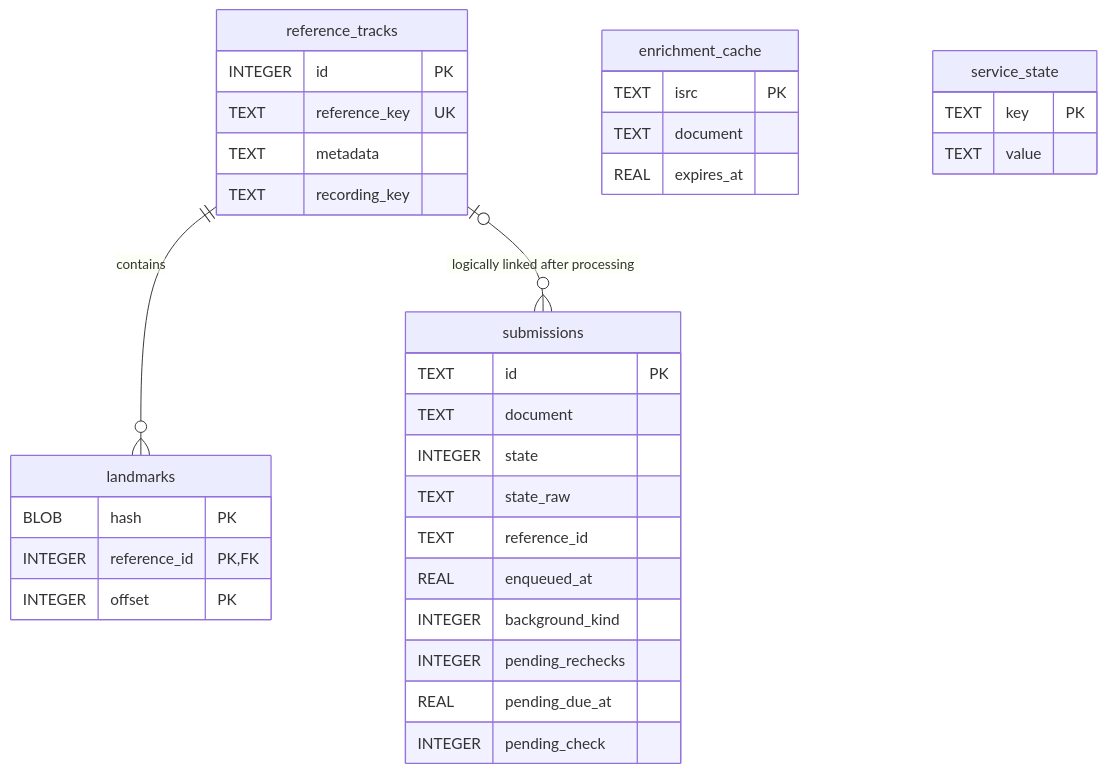
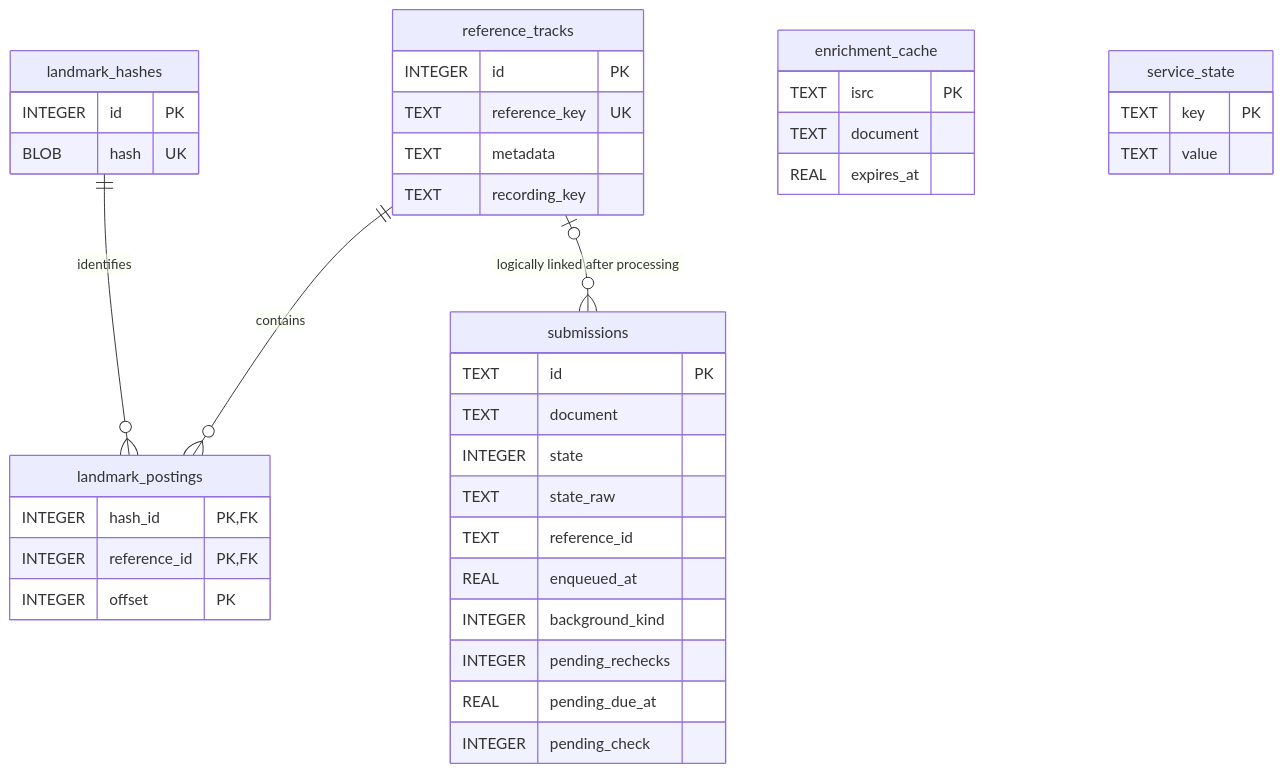
One commit to dmoo500/audio-fingerprint-server changed the fourth of 4 diagrams in docs/architecture.md. Above: the diagram before and after it, drawn with Mermaid. The commit also changed other lines of this file and 24 other files, not shown here.

Commit message:
Reduce SQLite landmark storage with a hash dictionary

````diff
--- a/docs/architecture.md
+++ b/docs/architecture.md
@@ -104,37 +106,42 @@
 ```mermaid
 erDiagram
-    reference_tracks ||--o{ landmarks : contains
+    reference_tracks ||--o{ landmark_postings : contains
+    landmark_hashes ||--o{ landmark_postings : identifies
     reference_tracks |o--o{ submissions : "logically linked after processing"
     submissions {
         TEXT id PK
         TEXT document
         INTEGER state
         TEXT state_raw
         TEXT reference_id
         REAL enqueued_at
         INTEGER background_kind
         INTEGER pending_rechecks
         REAL pending_due_at
         INTEGER pending_check
     }
     reference_tracks {
         INTEGER id PK
         TEXT reference_key UK
         TEXT metadata
         TEXT recording_key
     }
-    landmarks {
-        BLOB hash PK
+    landmark_hashes {
+        INTEGER id PK
+        BLOB hash UK
+    }
+    landmark_postings {
+        INTEGER hash_id PK, FK
         INTEGER reference_id PK, FK
         INTEGER offset PK
     }
     enrichment_cache {
         TEXT isrc PK
         TEXT document
         REAL expires_at
     }
     service_state {
         TEXT key PK
         TEXT value
     }
 ```
````
